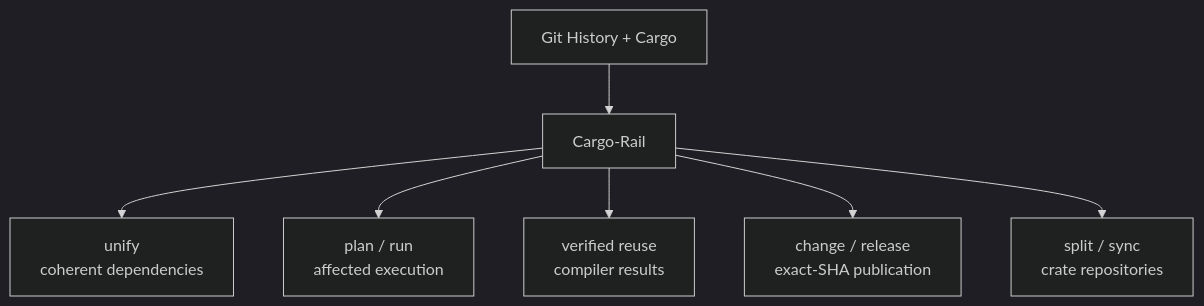
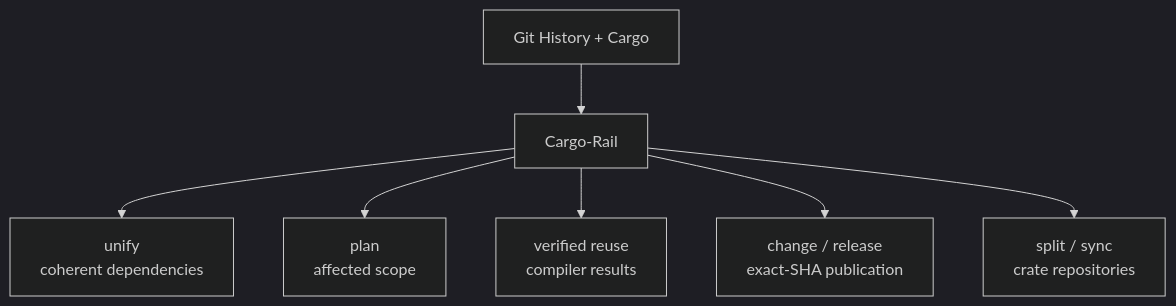
The diagram in README.md (loadingalias/cargo-rail), drawn with Mermaid (dark theme) before and after one commit. The commit also changed other lines of this file and 69 other files, not shown here.

````diff
--- a/README.md
+++ b/README.md
@@ -29,10 +29,10 @@
 ```mermaid
 flowchart TB
     source["Git History + Cargo"] --> rail["Cargo-Rail"]
 
     rail --> unify["unify<br/>coherent dependencies"]
-    rail --> plan["plan / run<br/>affected execution"]
+    rail --> plan["plan<br/>affected scope"]
     rail --> cache["verified reuse<br/>compiler results"]
     rail --> release["change / release<br/>exact-SHA publication"]
     rail --> sync["split / sync<br/>crate repositories"]
 ```
````
